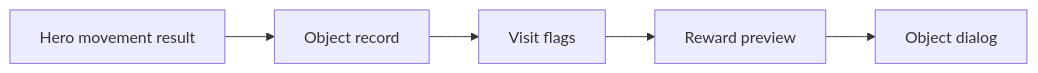
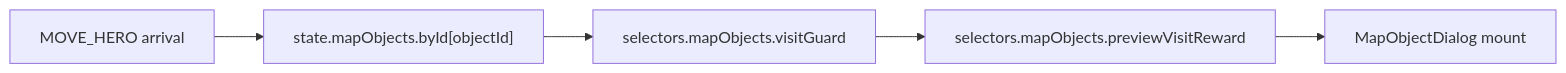
Before and after one commit to SunaNoOshiro/Heroes_Reforged_AI_Realms: the second of 5 diagrams in docs/architecture/wiki/screens/09-map-object-dialog/architecture.md, drawn with Mermaid. The commit also changed other lines of this file and 518 other files, not shown here.

First line of the commit message:
Add doc-audit skill and sweep architecture/screen docs

````diff
--- a/docs/architecture/wiki/screens/09-map-object-dialog/architecture.md
+++ b/docs/architecture/wiki/screens/09-map-object-dialog/architecture.md
@@ -32,8 +32,7 @@
 ```mermaid
 flowchart LR
-  L0["Hero movement result"] --> L1
-  L1["Object record"] --> L2
-  L2["Visit flags"] --> L3
-  L3["Reward preview"] --> L4
-  L4["Object dialog"]
+  L0["MOVE_HERO arrival"] --> L1["state.mapObjects.byId[objectId]"]
+  L1 --> L2["selectors.mapObjects.visitGuard"]
+  L2 --> L3["selectors.mapObjects.previewVisitReward"]
+  L3 --> L4["MapObjectDialog mount"]
 ```
````
